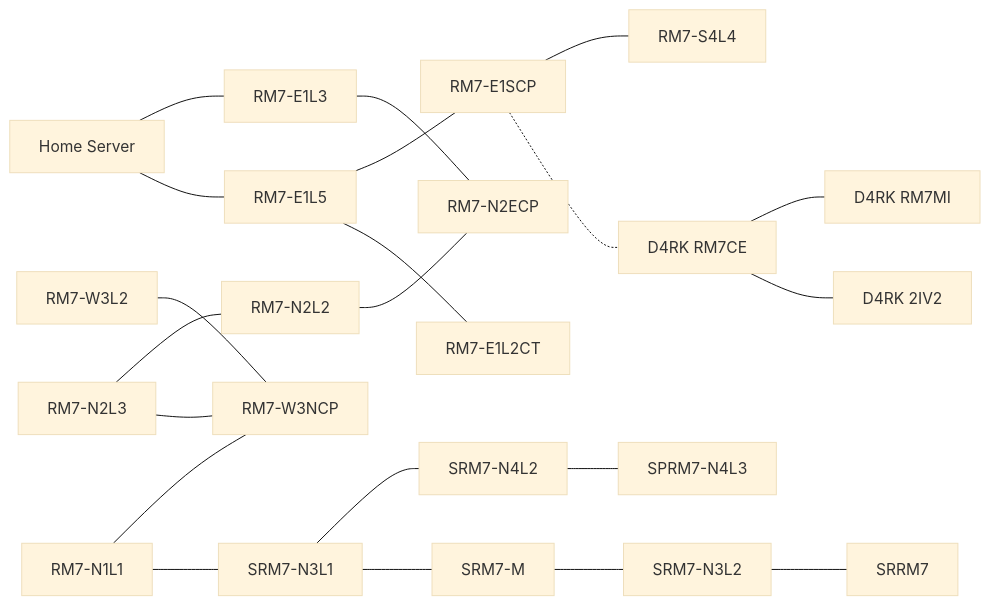
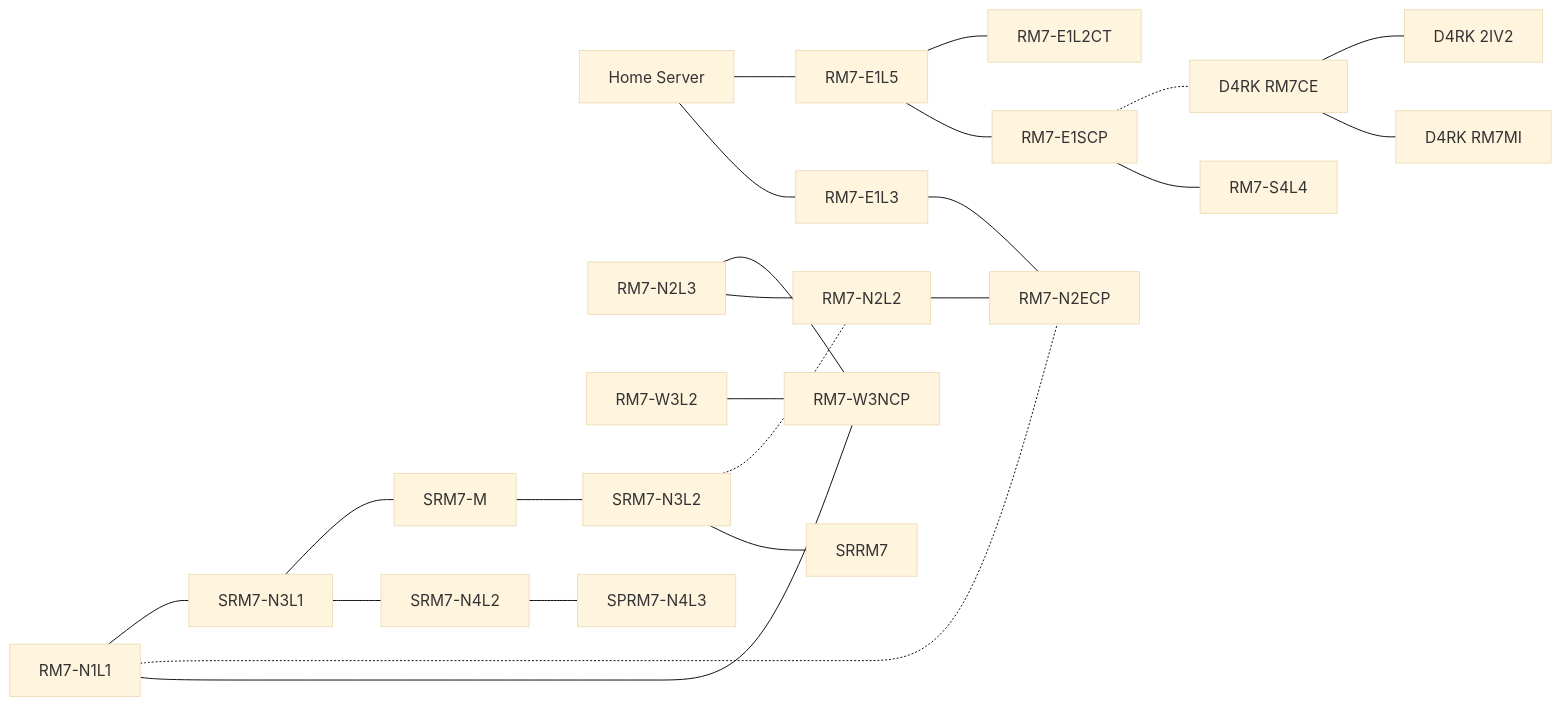
One commit to dmaresch/cor3 changed the diagram in Network map/README.md. Above: the diagram before and after it, drawn with Mermaid (base theme). The commit also changed other lines of this file, not shown here.

Commit message:
New hidden connections discovered

````diff
--- a/Network map/README.md
+++ b/Network map/README.md
@@ -2,45 +2,47 @@
 ```mermaid
 flowchart LR
 019c0a5b-eeeb-7d3e-b9c9-fd5c2ba7d399["Home Server"]
 019d1b0a-13a9-77dd-b41f-33f06f2df284["RM7-E1L3"]
 019d1b0a-13a9-77dd-b41f-374ee144bd07["RM7-E1L5"]
 019d1b0a-13a9-77dd-b41f-3ffb5f671742["RM7-S4L4"]
 019da6f1-16f7-75a6-b6d3-0b1d5f92a101["RM7-N2L2"]
 019da6f1-16f7-75a6-b6d3-0b1d5f92a102["RM7-N2L3"]
 019da6f1-16f7-75a6-b6d3-0b1d5f92a103["RM7-W3L2"]
 019da6f1-16f7-75a6-b6d3-0b1d5f92a104["RM7-N1L1"]
 019d1b0a-13a9-77dd-b41f-3a21d490cb2d["RM7-E1SCP"]
 019da6f1-16f7-75a6-b6d3-0b1d5f92a105["RM7-N2ECP"]
 019da6f1-16f7-75a6-b6d3-0b1d5f92a106["RM7-W3NCP"]
 019d53aa-5101-7f08-b3dd-378b0ddcf7d0["RM7-E1L2CT"]
 019d29c5-4b37-7436-aef9-89af09560af3["D4RK RM7CE"]
 019d29c5-4b37-79bf-b23e-304d8ea03c15["D4RK RM7MI"]
 019d29c5-4b37-7de9-b46c-022179bcb5eb["D4RK 2IV2"]
 019da6f1-16f7-75a6-b6d3-0b1d5f92a107["SRM7-N3L1"]
 019da6f1-16f7-75a6-b6d3-0b1d5f92a108["SRM7-M"]
 019da6f1-16f7-75a6-b6d3-0b1d5f92a109["SRM7-N3L2"]
 019da6f1-16f7-75a6-b6d3-0b1d5f92a10a["SRM7-N4L2"]
 019da6f1-16f7-75a6-b6d3-0b1d5f92a10b["SPRM7-N4L3"]
 019da6f1-16f7-75a6-b6d3-0b1d5f92a10c["SRRM7"]
 
 019c0a5b-eeeb-7d3e-b9c9-fd5c2ba7d399 --- 019d1b0a-13a9-77dd-b41f-33f06f2df284
 019c0a5b-eeeb-7d3e-b9c9-fd5c2ba7d399 --- 019d1b0a-13a9-77dd-b41f-374ee144bd07
 019d1b0a-13a9-77dd-b41f-374ee144bd07 --- 019d1b0a-13a9-77dd-b41f-3a21d490cb2d
 019d1b0a-13a9-77dd-b41f-3a21d490cb2d --- 019d1b0a-13a9-77dd-b41f-3ffb5f671742
 019d1b0a-13a9-77dd-b41f-33f06f2df284 --- 019da6f1-16f7-75a6-b6d3-0b1d5f92a105
 019da6f1-16f7-75a6-b6d3-0b1d5f92a101 --- 019da6f1-16f7-75a6-b6d3-0b1d5f92a105
 019da6f1-16f7-75a6-b6d3-0b1d5f92a102 --- 019da6f1-16f7-75a6-b6d3-0b1d5f92a101
 019da6f1-16f7-75a6-b6d3-0b1d5f92a103 --- 019da6f1-16f7-75a6-b6d3-0b1d5f92a106
 019da6f1-16f7-75a6-b6d3-0b1d5f92a104 --- 019da6f1-16f7-75a6-b6d3-0b1d5f92a106
+019da6f1-16f7-75a6-b6d3-0b1d5f92a104 -.- 019da6f1-16f7-75a6-b6d3-0b1d5f92a105
 019da6f1-16f7-75a6-b6d3-0b1d5f92a104 --- 019da6f1-16f7-75a6-b6d3-0b1d5f92a107
 019da6f1-16f7-75a6-b6d3-0b1d5f92a102 --- 019da6f1-16f7-75a6-b6d3-0b1d5f92a106
 019d1b0a-13a9-77dd-b41f-3a21d490cb2d -.- 019d29c5-4b37-7436-aef9-89af09560af3
 019d29c5-4b37-7436-aef9-89af09560af3 --- 019d29c5-4b37-79bf-b23e-304d8ea03c15
 019d29c5-4b37-7436-aef9-89af09560af3 --- 019d29c5-4b37-7de9-b46c-022179bcb5eb
 019d1b0a-13a9-77dd-b41f-374ee144bd07 --- 019d53aa-5101-7f08-b3dd-378b0ddcf7d0
 019da6f1-16f7-75a6-b6d3-0b1d5f92a107 --- 019da6f1-16f7-75a6-b6d3-0b1d5f92a10a
 019da6f1-16f7-75a6-b6d3-0b1d5f92a107 --- 019da6f1-16f7-75a6-b6d3-0b1d5f92a108
 019da6f1-16f7-75a6-b6d3-0b1d5f92a108 --- 019da6f1-16f7-75a6-b6d3-0b1d5f92a109
 019da6f1-16f7-75a6-b6d3-0b1d5f92a109 --- 019da6f1-16f7-75a6-b6d3-0b1d5f92a10c
+019da6f1-16f7-75a6-b6d3-0b1d5f92a109 -.- 019da6f1-16f7-75a6-b6d3-0b1d5f92a101
 019da6f1-16f7-75a6-b6d3-0b1d5f92a10a --- 019da6f1-16f7-75a6-b6d3-0b1d5f92a10b
 ```
````
